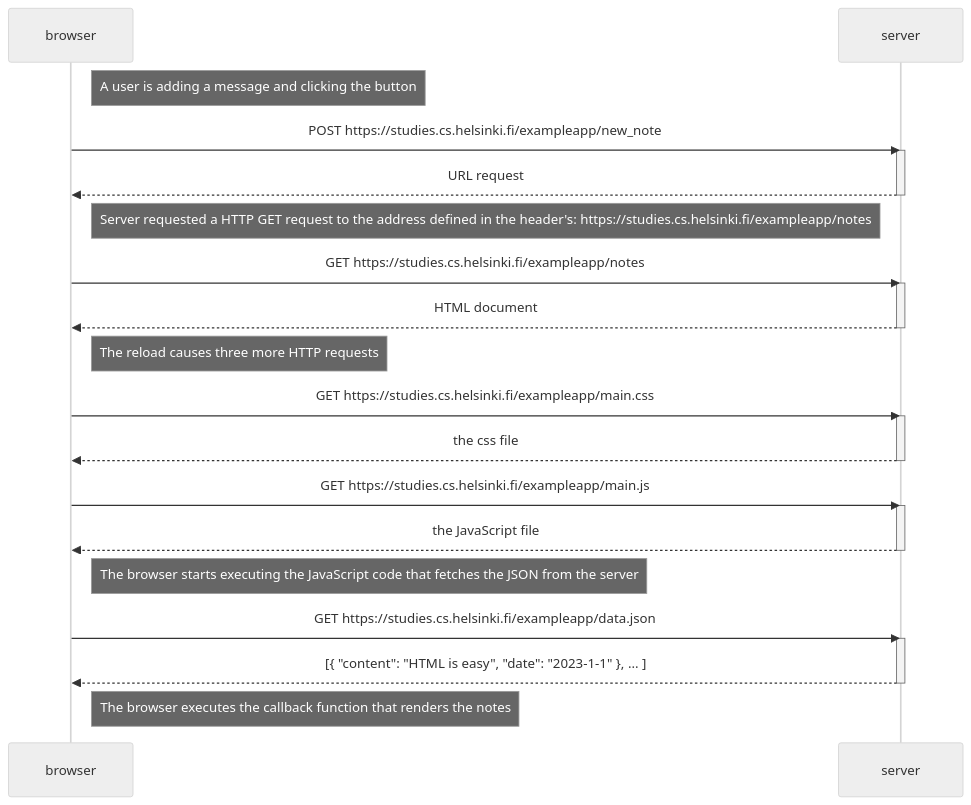
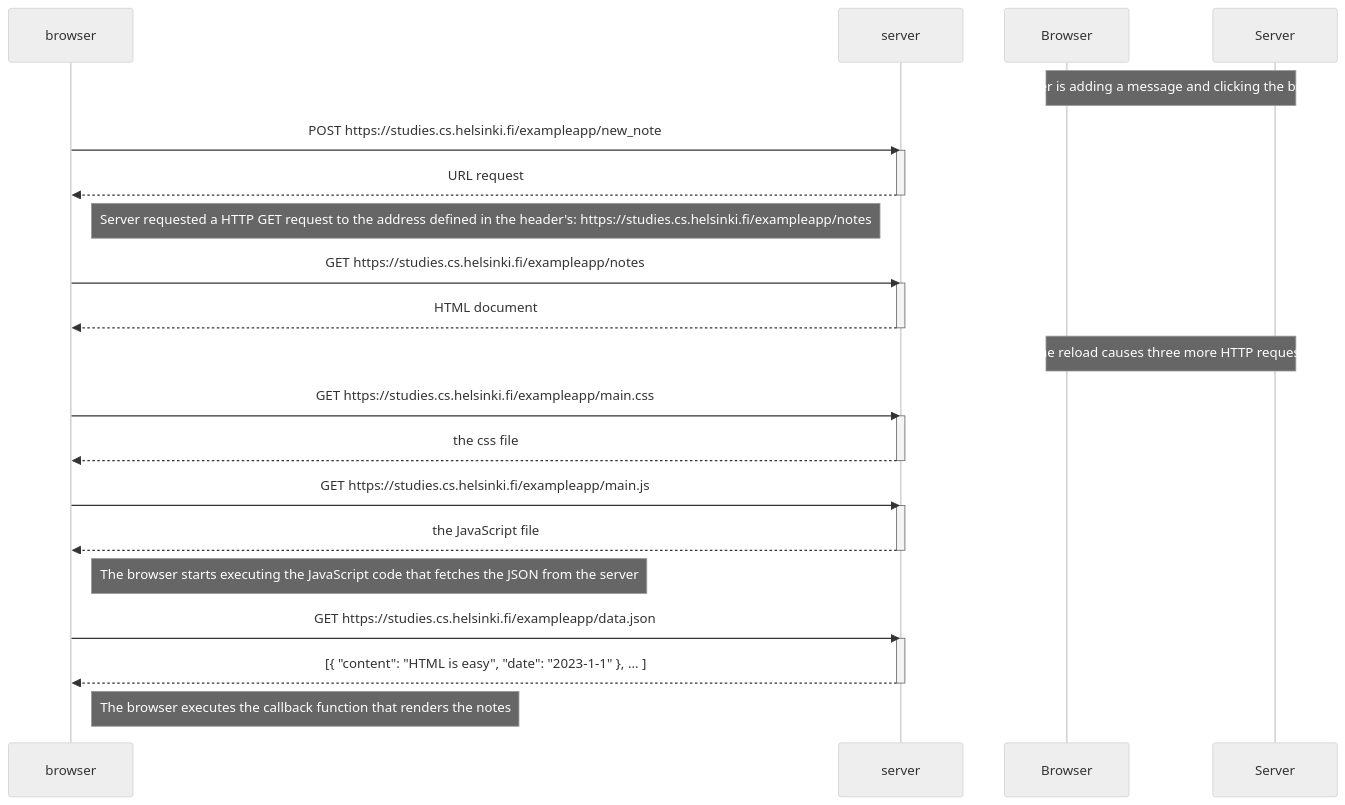
The diagram in part0/new_note_diagram.md (karolinakwasny/Full_Stack_open), drawn with Mermaid (neutral theme) before and after one commit.

Commit message:
0.4 third try

````diff
--- a/part0/new_note_diagram.md
+++ b/part0/new_note_diagram.md
@@ -1,40 +1,40 @@
 ```mermaid
 sequenceDiagram
     participant browser
     participant server
 
-    Note right of browser: A user is adding a message and clicking the button
+    Note over Browser, Server: A user is adding a message and clicking the button
 
     browser->>server: POST https://studies.cs.helsinki.fi/exampleapp/new_note
     activate server
     server-->>browser: URL request
     deactivate server
 
     Note right of browser: Server requested a HTTP GET request to the address defined in the header's: https://studies.cs.helsinki.fi/exampleapp/notes
 
     browser->>server: GET https://studies.cs.helsinki.fi/exampleapp/notes
     activate server
     server-->>browser: HTML document
     deactivate server
 
-    Note right of browser:The reload causes three more HTTP requests
+    Note over Browser, Server: The reload causes three more HTTP requests
 
     browser->>server: GET https://studies.cs.helsinki.fi/exampleapp/main.css
     activate server
     server-->>browser: the css file
     deactivate server
 
     browser->>server: GET https://studies.cs.helsinki.fi/exampleapp/main.js
     activate server
     server-->>browser: the JavaScript file
     deactivate server
 
     Note right of browser: The browser starts executing the JavaScript code that fetches the JSON from the server
 
     browser->>server: GET https://studies.cs.helsinki.fi/exampleapp/data.json
     activate server
     server-->>browser: [{ "content": "HTML is easy", "date": "2023-1-1" }, ... ]
     deactivate server
 
     Note right of browser: The browser executes the callback function that renders the notes
 ```
````
